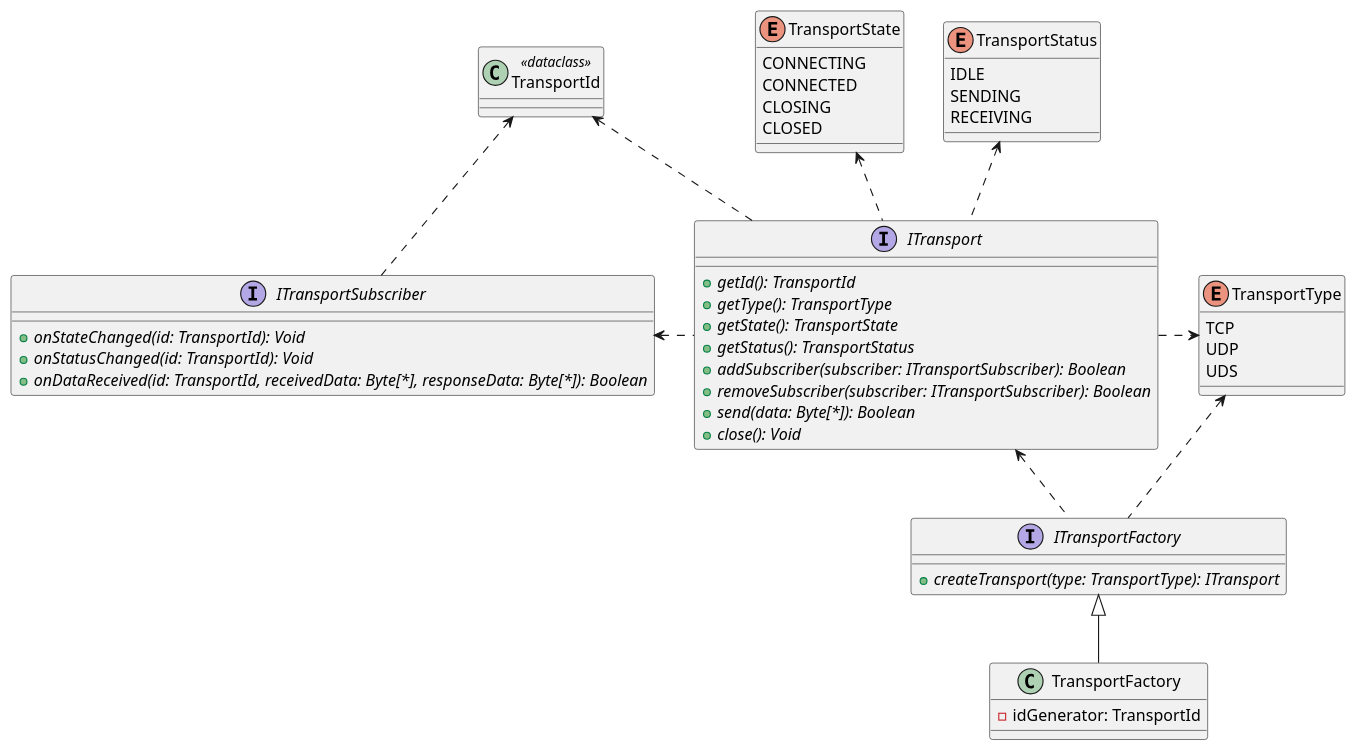
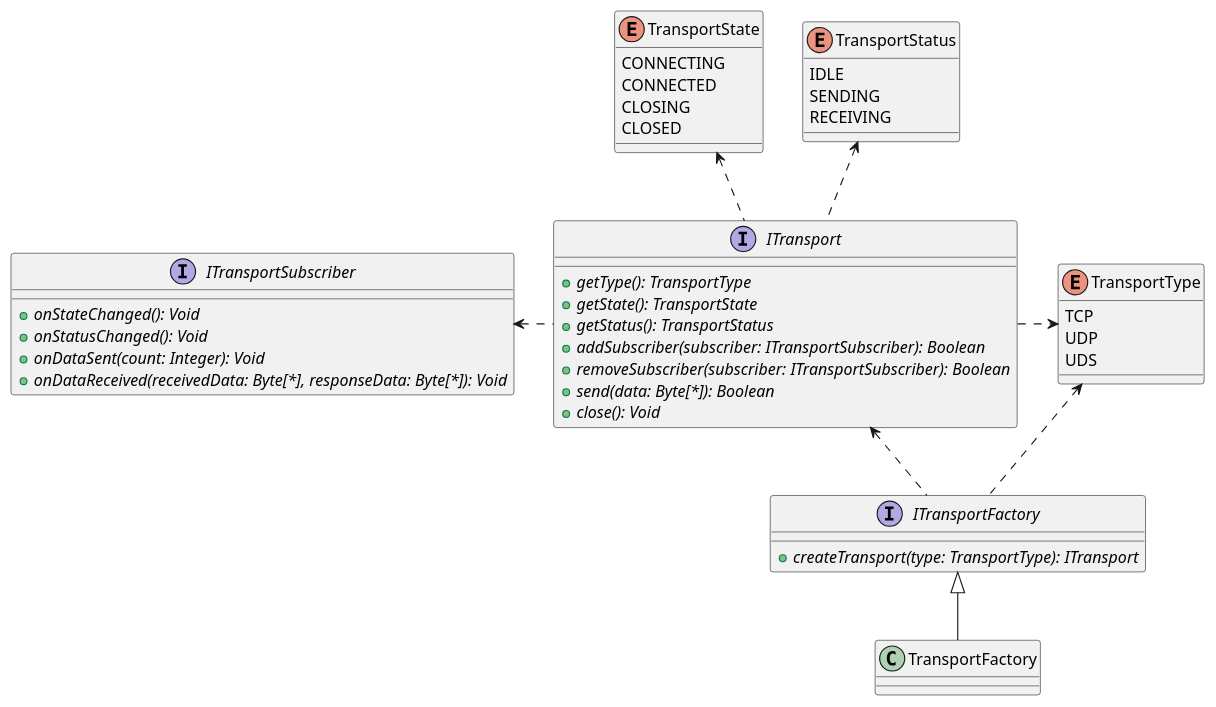
Before and after one commit to nghdang/connix: the diagram in docs/architecture/05_building_block_view/communication/transport_layer/interface_view.puml, drawn with PlantUML. The commit also changed 18 other files, not shown here.

```diff
--- a/docs/architecture/05_building_block_view/communication/transport_layer/interface_view.puml
+++ b/docs/architecture/05_building_block_view/communication/transport_layer/interface_view.puml
@@ -1,62 +1,55 @@
 @startuml Transport Layer - Interface View
-
-class TransportId <<dataclass>>
 
 enum TransportType {
     TCP
     UDP
     UDS
 }
 
 enum TransportState {
     CONNECTING
     CONNECTED
     CLOSING
     CLOSED
 }
 
 enum TransportStatus {
     IDLE
     SENDING
     RECEIVING
 }
 
 interface ITransportSubscriber {
-    + {abstract} onStateChanged(id: TransportId): Void
-    + {abstract} onStatusChanged(id: TransportId): Void
-    + {abstract} onDataReceived(id: TransportId, receivedData: Byte[*], responseData: Byte[*]): Boolean
+    + {abstract} onStateChanged(): Void
+    + {abstract} onStatusChanged(): Void
+    + {abstract} onDataSent(count: Integer): Void
+    + {abstract} onDataReceived(receivedData: Byte[*], responseData: Byte[*]): Void
 }
 
 interface ITransport {
-    + {abstract} getId(): TransportId
     + {abstract} getType(): TransportType
     + {abstract} getState(): TransportState
     + {abstract} getStatus(): TransportStatus
     + {abstract} addSubscriber(subscriber: ITransportSubscriber): Boolean
     + {abstract} removeSubscriber(subscriber: ITransportSubscriber): Boolean
     + {abstract} send(data: Byte[*]): Boolean
     + {abstract} close(): Void
 }
 
 interface ITransportFactory {
     + {abstract} createTransport(type: TransportType): ITransport
 }
 
-class TransportFactory {
-    - idGenerator: TransportId
-}
+class TransportFactory
 
-TransportId <.. ITransport
 TransportType <.left. ITransport
 TransportState <.. ITransport
 TransportStatus <.. ITransport
 ITransportSubscriber <.right. ITransport
-
-TransportId <.. ITransportSubscriber
 
 TransportType <.. ITransportFactory
 ITransport <.. ITransportFactory
 
 ITransportFactory <|-- TransportFactory
 
 @enduml
```
